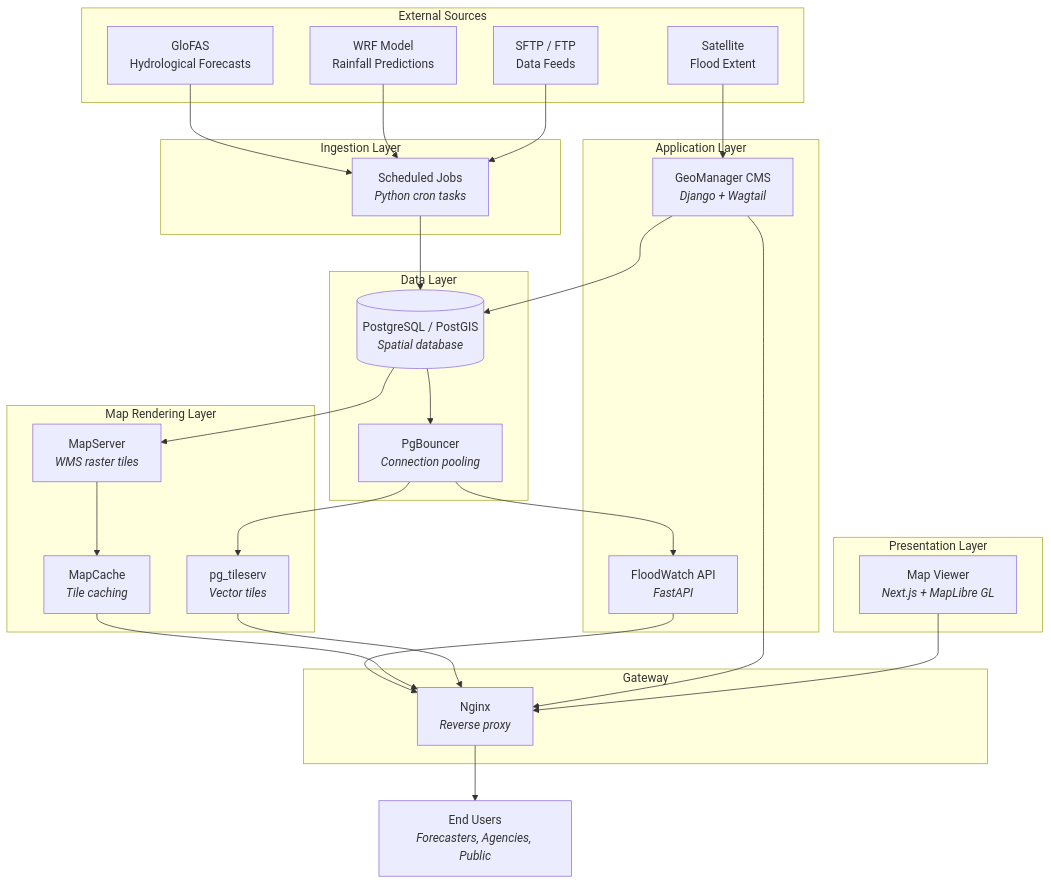
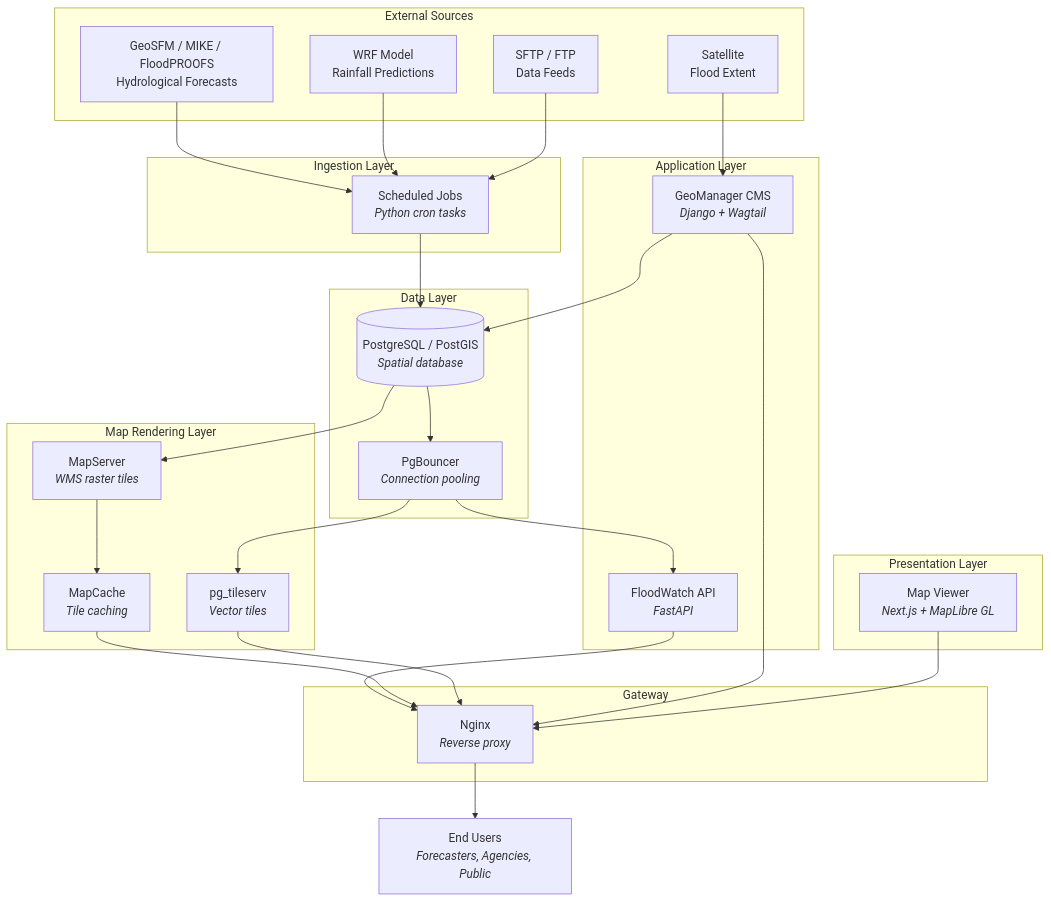
One commit to icpac-igad/flood_watch_system changed the first of 4 diagrams in mkdocs-site/docs/architecture/overview.md. Above: the diagram before and after it, drawn with Mermaid. The commit also changed other lines of this file and 4 other files, not shown here.

````diff
--- a/mkdocs-site/docs/architecture/overview.md
+++ b/mkdocs-site/docs/architecture/overview.md
@@ -16,58 +16,58 @@
 ```mermaid
 graph TB
     subgraph External Sources
-        GloFAS[GloFAS<br/>Hydrological Forecasts]
+        HYDRO[GeoSFM / MIKE / FloodPROOFS<br/>Hydrological Forecasts]
         WRF[WRF Model<br/>Rainfall Predictions]
         SAT[Satellite<br/>Flood Extent]
         FTP[SFTP / FTP<br/>Data Feeds]
     end
 
     subgraph Ingestion Layer
         JOBS[Scheduled Jobs<br/><i>Python cron tasks</i>]
     end
 
     subgraph Data Layer
         DB[(PostgreSQL / PostGIS<br/><i>Spatial database</i>)]
         PGBOUNCER[PgBouncer<br/><i>Connection pooling</i>]
     end
 
     subgraph Application Layer
         CMS[GeoManager CMS<br/><i>Django + Wagtail</i>]
         API[FloodWatch API<br/><i>FastAPI</i>]
     end
 
     subgraph Map Rendering Layer
         MAPSERVER[MapServer<br/><i>WMS raster tiles</i>]
         MAPCACHE[MapCache<br/><i>Tile caching</i>]
         TILESERV[pg_tileserv<br/><i>Vector tiles</i>]
     end
 
     subgraph Presentation Layer
         VIEWER[Map Viewer<br/><i>Next.js + MapLibre GL</i>]
     end
 
     subgraph Gateway
         NGINX[Nginx<br/><i>Reverse proxy</i>]
     end
 
-    GloFAS --> JOBS
+    HYDRO --> JOBS
     WRF --> JOBS
     FTP --> JOBS
     SAT --> CMS
 
     JOBS --> DB
     CMS --> DB
     DB --> PGBOUNCER
     PGBOUNCER --> API
     PGBOUNCER --> TILESERV
     DB --> MAPSERVER
     MAPSERVER --> MAPCACHE
 
     API --> NGINX
     MAPCACHE --> NGINX
     TILESERV --> NGINX
     CMS --> NGINX
     VIEWER --> NGINX
 
     NGINX --> USERS[End Users<br/><i>Forecasters, Agencies, Public</i>]
 ```
````
